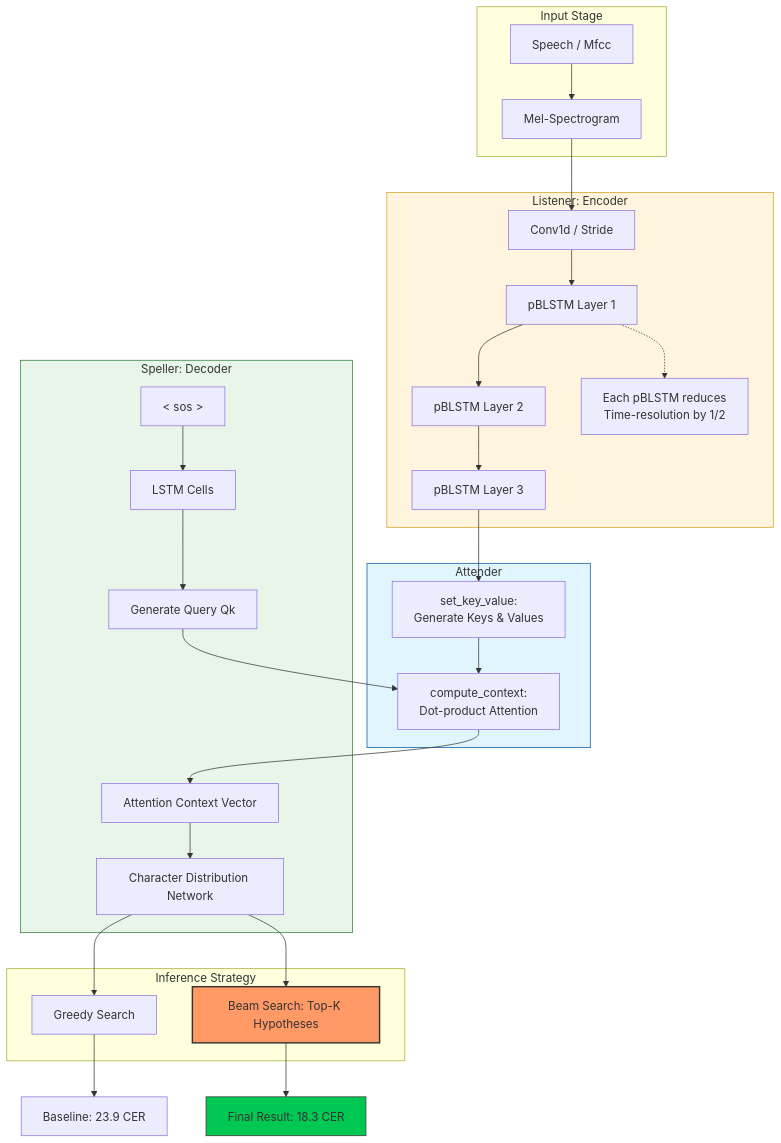
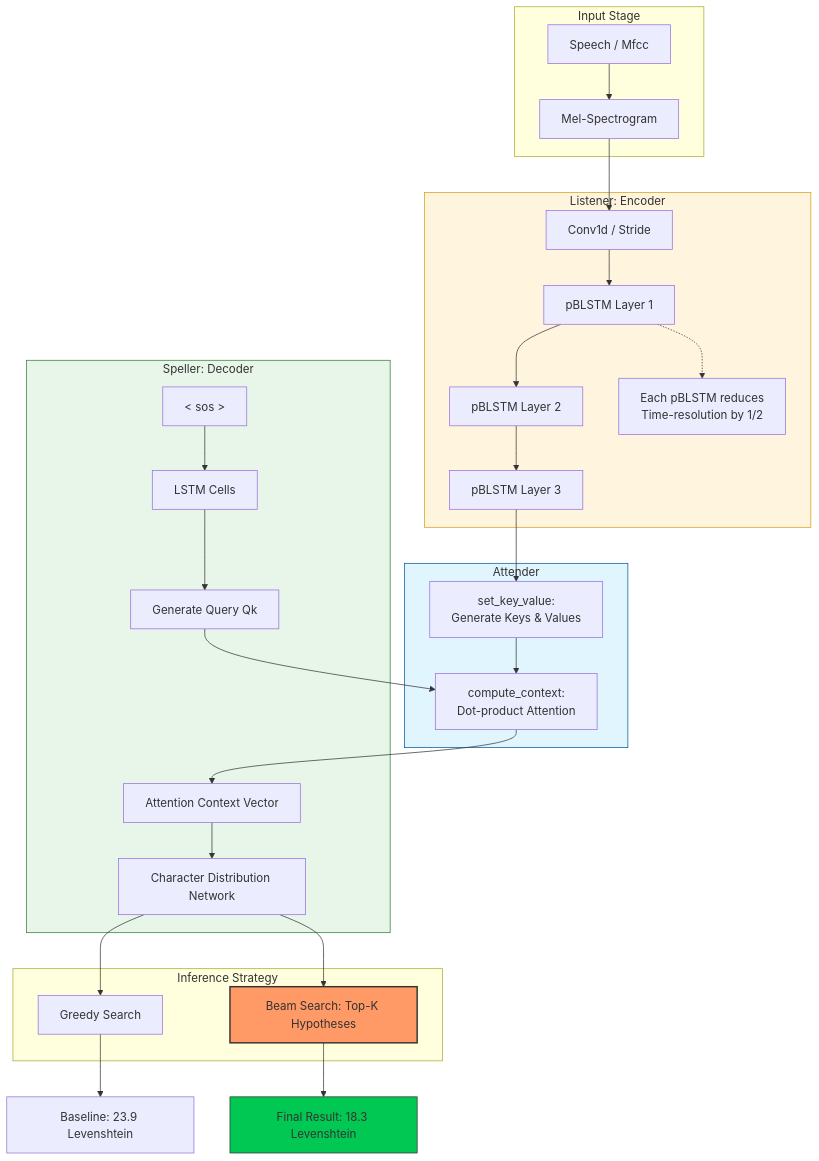
One commit to LIM-0817/ASR-Model changed the diagram in README.md. Above: the diagram before and after it, drawn with Mermaid.

Commit message:
fix: update terminology in final result section of README

````diff
--- a/README.md
+++ b/README.md
@@ -15,49 +15,49 @@
 ```mermaid
 graph TD
     %% 1. Input Section
     subgraph Input_Stage [Input Stage]
         In[Speech / Mfcc] --> Mel[Mel-Spectrogram]
     end
 
     %% 2. Listener Section (pBLSTM 반영)
     subgraph Listener [Listener: Encoder]
         Mel --> Conv[Conv1d / Stride]
         Conv --> pB1[pBLSTM Layer 1]
         pB1 --> pB2[pBLSTM Layer 2]
         pB2 --> pB3[pBLSTM Layer 3]
         note1[Each pBLSTM reduces<br/>Time-resolution by 1/2]
         pB1 -.-> note1
     end
 
     %% 3. Attender Section
     subgraph Attender [Attender]
         pB3 --> KeyValue[set_key_value:<br/>Generate Keys & Values]
         KeyValue --> Compute[compute_context:<br/>Dot-product Attention]
     end
 
     %% 4. Speller Section
     subgraph Speller [Speller: Decoder]
         SOS[< sos >] --> LSTM[LSTM Cells]
         LSTM --> Query[Generate Query Qk]
         Query --> Compute
         Compute --> Context[Attention Context Vector]
         Context --> CDN[Character Distribution Network]
     end
 
     %% 5. Inference Strategy (Beam Search 반영)
     subgraph Inference [Inference Strategy]
         CDN --> Greedy[Greedy Search]
         CDN --> Beam[Beam Search: Top-K Hypotheses]
         style Beam fill:#f96,stroke:#333,stroke-width:2px
     end
 
     %% 6. Final Result
-    Beam --> Final[Final Result: 18.3 CER]
-    Greedy --> Base[Baseline: 23.9 CER]
+    Beam --> Final[Final Result: 18.3 Levenshtein]
+    Greedy --> Base[Baseline: 23.9 Levenshtein]
 
     %% Styling
     style Listener fill:#fff4dd,stroke:#d4a017
     style Attender fill:#e1f5fe,stroke:#01579b
     style Speller fill:#e8f5e9,stroke:#2e7d32
     style Final fill:#00c853,stroke:#333,stroke-width:4p
 ```
````
